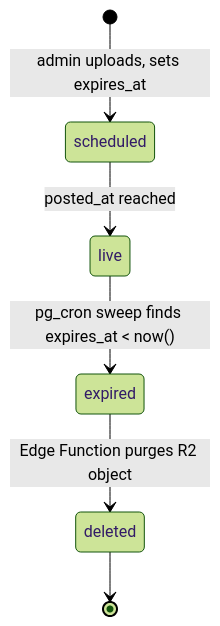
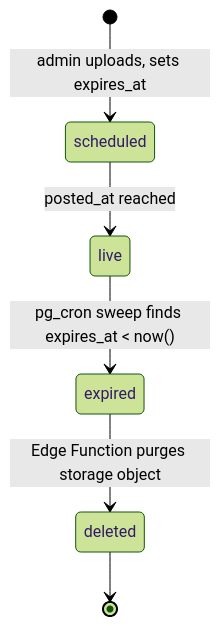
One commit to healthapp100/storytelling-app changed the third of 3 diagrams in ARCHITECTURE.md. Above: the diagram before and after it, drawn with Mermaid (forest theme). The commit also changed other lines of this file and 22 other files, not shown here.

````diff
--- a/ARCHITECTURE.md
+++ b/ARCHITECTURE.md
@@ -198,8 +199,8 @@
 ```mermaid
 stateDiagram-v2
     [*] --> scheduled : admin uploads, sets expires_at
     scheduled --> live : posted_at reached
     live --> expired : pg_cron sweep finds expires_at < now()
-    expired --> deleted : Edge Function purges R2 object
+    expired --> deleted : Edge Function purges storage object
     deleted --> [*]
 ```
````
